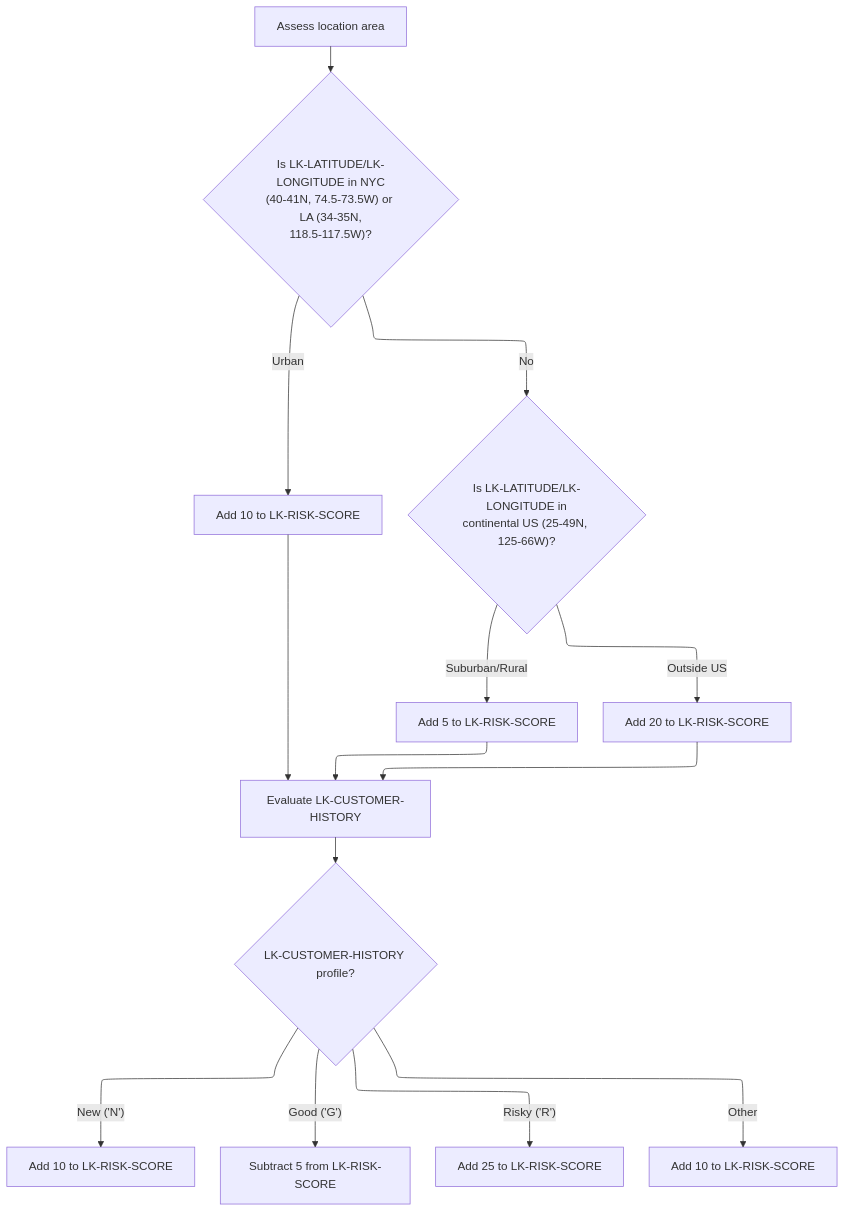
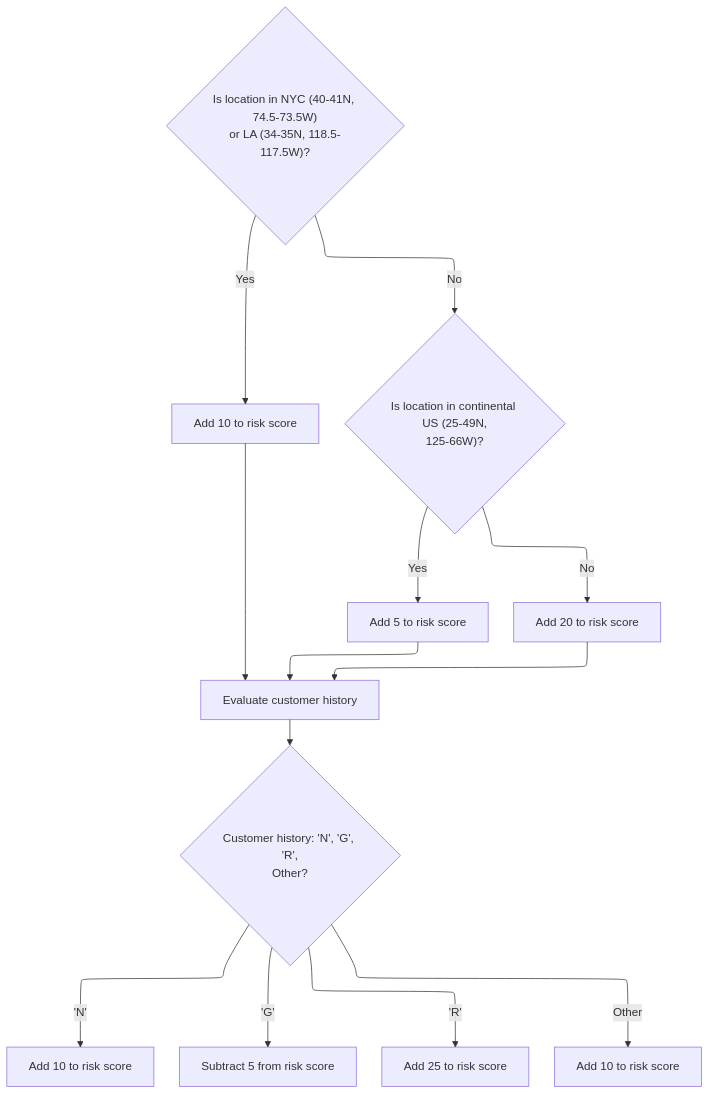
The seventh of 7 diagrams in .swm/lgapdb02-property-risk-score-calculation.fw41ul12.sw.md (Giri-Swimm/Swimmio-genapp-house), drawn with Mermaid before and after one commit. The commit also changed other lines of this file and 55 other files, not shown here.

````diff
--- a/.swm/lgapdb02-property-risk-score-calculation.fw41ul12.sw.md
+++ b/.swm/lgapdb02-property-risk-score-calculation.fw41ul12.sw.md
@@ -711,66 +680,66 @@
 ```mermaid
 %%{init: {"flowchart": {"defaultRenderer": "elk"}} }%%
 flowchart TD
-    node1["Assess location area"] --> node2{"Is LK-LATITUDE/LK-LONGITUDE in NYC
-(40-41N, 74.5-73.5W) or LA (34-35N,
-118.5-117.5W)?"}
-    click node1 openCode "base/src/LGAPDB02.cbl:117:120"
-    node2 -->|"Urban"| node3["Add 10 to LK-RISK-SCORE"]
-    click node2 openCode "base/src/LGAPDB02.cbl:121:125"
-    node2 -->|"No"| node4{"Is LK-LATITUDE/LK-LONGITUDE in
-continental US (25-49N, 125-66W)?"}
-    click node4 openCode "base/src/LGAPDB02.cbl:128:130"
-    node4 -->|"Suburban/Rural"| node5["Add 5 to LK-RISK-SCORE"]
-    click node5 openCode "base/src/LGAPDB02.cbl:130:130"
-    node4 -->|"Outside US"| node6["Add 20 to LK-RISK-SCORE"]
-    click node6 openCode "base/src/LGAPDB02.cbl:132:132"
-    node3 --> node7["Evaluate LK-CUSTOMER-HISTORY"]
-    click node7 openCode "base/src/LGAPDB02.cbl:137:137"
-    node5 --> node7
-    node6 --> node7
-    node7 --> node8{"LK-CUSTOMER-HISTORY profile?"}
-    click node8 openCode "base/src/LGAPDB02.cbl:137:137"
-    node8 -->|"New ('N')"| node9["Add 10 to LK-RISK-SCORE"]
-    click node9 openCode "base/src/LGAPDB02.cbl:139:139"
-    node8 -->|"Good ('G')"| node10["Subtract 5 from LK-RISK-SCORE"]
-    click node10 openCode "base/src/LGAPDB02.cbl:141:141"
-    node8 -->|"Risky ('R')"| node11["Add 25 to LK-RISK-SCORE"]
-    click node11 openCode "base/src/LGAPDB02.cbl:143:143"
-    node8 -->|"Other"| node12["Add 10 to LK-RISK-SCORE"]
-    click node12 openCode "base/src/LGAPDB02.cbl:145:145"
+    node1{"Is location in NYC (40-41N, 74.5-73.5W)
+or LA (34-35N, 118.5-117.5W)?"}
+    click node1 openCode "base/src/LGAPDB02.cbl:121:125"
+    node1 -->|"Yes"| node2["Add 10 to risk score"]
+    click node2 openCode "base/src/LGAPDB02.cbl:125:125"
+    node1 -->|"No"| node3{"Is location in continental US (25-49N,
+125-66W)?"}
+    click node3 openCode "base/src/LGAPDB02.cbl:128:130"
+    node3 -->|"Yes"| node4["Add 5 to risk score"]
+    click node4 openCode "base/src/LGAPDB02.cbl:130:130"
+    node3 -->|"No"| node5["Add 20 to risk score"]
+    click node5 openCode "base/src/LGAPDB02.cbl:132:132"
+    node2 --> node6["Evaluate customer history"]
+    click node6 openCode "base/src/LGAPDB02.cbl:136:137"
+    node4 --> node6
+    node5 --> node6
+    node6 --> node7{"Customer history: 'N', 'G', 'R',
+Other?"}
+    click node7 openCode "base/src/LGAPDB02.cbl:137:145"
+    node7 -->|"'N'"| node8["Add 10 to risk score"]
+    click node8 openCode "base/src/LGAPDB02.cbl:139:139"
+    node7 -->|"'G'"| node9["Subtract 5 from risk score"]
+    click node9 openCode "base/src/LGAPDB02.cbl:141:141"
+    node7 -->|"'R'"| node10["Add 25 to risk score"]
+    click node10 openCode "base/src/LGAPDB02.cbl:143:143"
+    node7 -->|"Other"| node11["Add 10 to risk score"]
+    click node11 openCode "base/src/LGAPDB02.cbl:145:145"
 
 classDef HeadingStyle fill:#777777,stroke:#333,stroke-width:2px;
 
 %% Swimm:
 %% %%{init: {"flowchart": {"defaultRenderer": "elk"}} }%%
 %% flowchart TD
-%%     node1["Assess location area"] --> node2{"Is LK-LATITUDE/LK-LONGITUDE in NYC
-%% (<SwmToken path="base/src/LGAPDB02.cbl" pos="119:8:10" line-data="      *    NYC area: 40-41N, 74.5-73.5W">`40-41N`</SwmToken>, <SwmToken path="base/src/LGAPDB02.cbl" pos="119:13:19" line-data="      *    NYC area: 40-41N, 74.5-73.5W">`74.5-73.5W`</SwmToken>) or LA (<SwmToken path="base/src/LGAPDB02.cbl" pos="120:8:10" line-data="      *    LA area: 34-35N, 118.5-117.5W">`34-35N`</SwmToken>,
-%% <SwmToken path="base/src/LGAPDB02.cbl" pos="120:13:19" line-data="      *    LA area: 34-35N, 118.5-117.5W">`118.5-117.5W`</SwmToken>)?"}
-%%     click node1 openCode "<SwmPath>[base/src/LGAPDB02.cbl](base/src/LGAPDB02.cbl)</SwmPath>:117:120"
-%%     node2 -->|"Urban"| node3["Add 10 to <SwmToken path="base/src/LGAPDB02.cbl" pos="70:7:11" line-data="           MOVE 100 TO LK-RISK-SCORE">`LK-RISK-SCORE`</SwmToken>"]
-%%     click node2 openCode "<SwmPath>[base/src/LGAPDB02.cbl](base/src/LGAPDB02.cbl)</SwmPath>:121:125"
-%%     node2 -->|"No"| node4{"Is LK-LATITUDE/LK-LONGITUDE in
-%% continental US (25-49N, 125-66W)?"}
-%%     click node4 openCode "<SwmPath>[base/src/LGAPDB02.cbl](base/src/LGAPDB02.cbl)</SwmPath>:128:130"
-%%     node4 -->|"Suburban/Rural"| node5["Add 5 to <SwmToken path="base/src/LGAPDB02.cbl" pos="70:7:11" line-data="           MOVE 100 TO LK-RISK-SCORE">`LK-RISK-SCORE`</SwmToken>"]
-%%     click node5 openCode "<SwmPath>[base/src/LGAPDB02.cbl](base/src/LGAPDB02.cbl)</SwmPath>:130:130"
-%%     node4 -->|"Outside US"| node6["Add 20 to <SwmToken path="base/src/LGAPDB02.cbl" pos="70:7:11" line-data="           MOVE 100 TO LK-RISK-SCORE">`LK-RISK-SCORE`</SwmToken>"]
-%%     click node6 openCode "<SwmPath>[base/src/LGAPDB02.cbl](base/src/LGAPDB02.cbl)</SwmPath>:132:132"
-%%     node3 --> node7["Evaluate <SwmToken path="base/src/LGAPDB02.cbl" pos="137:3:7" line-data="           EVALUATE LK-CUSTOMER-HISTORY">`LK-CUSTOMER-HISTORY`</SwmToken>"]
-%%     click node7 openCode "<SwmPath>[base/src/LGAPDB02.cbl](base/src/LGAPDB02.cbl)</SwmPath>:137:137"
-%%     node5 --> node7
-%%     node6 --> node7
-%%     node7 --> node8{"<SwmToken path="base/src/LGAPDB02.cbl" pos="137:3:7" line-data="           EVALUATE LK-CUSTOMER-HISTORY">`LK-CUSTOMER-HISTORY`</SwmToken> profile?"}
-%%     click node8 openCode "<SwmPath>[base/src/LGAPDB02.cbl](base/src/LGAPDB02.cbl)</SwmPath>:137:137"
-%%     node8 -->|"New ('N')"| node9["Add 10 to <SwmToken path="base/src/LGAPDB02.cbl" pos="70:7:11" line-data="           MOVE 100 TO LK-RISK-SCORE">`LK-RISK-SCORE`</SwmToken>"]
-%%     click node9 openCode "<SwmPath>[base/src/LGAPDB02.cbl](base/src/LGAPDB02.cbl)</SwmPath>:139:139"
-%%     node8 -->|"Good ('G')"| node10["Subtract 5 from <SwmToken path="base/src/LGAPDB02.cbl" pos="70:7:11" line-data="           MOVE 100 TO LK-RISK-SCORE">`LK-RISK-SCORE`</SwmToken>"]
-%%     click node10 openCode "<SwmPath>[base/src/LGAPDB02.cbl](base/src/LGAPDB02.cbl)</SwmPath>:141:141"
-%%     node8 -->|"Risky ('R')"| node11["Add 25 to <SwmToken path="base/src/LGAPDB02.cbl" pos="70:7:11" line-data="           MOVE 100 TO LK-RISK-SCORE">`LK-RISK-SCORE`</SwmToken>"]
-%%     click node11 openCode "<SwmPath>[base/src/LGAPDB02.cbl](base/src/LGAPDB02.cbl)</SwmPath>:143:143"
-%%     node8 -->|"Other"| node12["Add 10 to <SwmToken path="base/src/LGAPDB02.cbl" pos="70:7:11" line-data="           MOVE 100 TO LK-RISK-SCORE">`LK-RISK-SCORE`</SwmToken>"]
-%%     click node12 openCode "<SwmPath>[base/src/LGAPDB02.cbl](base/src/LGAPDB02.cbl)</SwmPath>:145:145"
+%%     node1{"Is location in NYC (<SwmToken path="base/src/LGAPDB02.cbl" pos="119:8:10" line-data="      *    NYC area: 40-41N, 74.5-73.5W">`40-41N`</SwmToken>, <SwmToken path="base/src/LGAPDB02.cbl" pos="119:13:19" line-data="      *    NYC area: 40-41N, 74.5-73.5W">`74.5-73.5W`</SwmToken>)
+%% or LA (<SwmToken path="base/src/LGAPDB02.cbl" pos="120:8:10" line-data="      *    LA area: 34-35N, 118.5-117.5W">`34-35N`</SwmToken>, <SwmToken path="base/src/LGAPDB02.cbl" pos="120:13:19" line-data="      *    LA area: 34-35N, 118.5-117.5W">`118.5-117.5W`</SwmToken>)?"}
+%%     click node1 openCode "<SwmPath>[base/src/LGAPDB02.cbl](base/src/LGAPDB02.cbl)</SwmPath>:121:125"
+%%     node1 -->|"Yes"| node2["Add 10 to risk score"]
+%%     click node2 openCode "<SwmPath>[base/src/LGAPDB02.cbl](base/src/LGAPDB02.cbl)</SwmPath>:125:125"
+%%     node1 -->|"No"| node3{"Is location in continental US (25-49N,
+%% 125-66W)?"}
+%%     click node3 openCode "<SwmPath>[base/src/LGAPDB02.cbl](base/src/LGAPDB02.cbl)</SwmPath>:128:130"
+%%     node3 -->|"Yes"| node4["Add 5 to risk score"]
+%%     click node4 openCode "<SwmPath>[base/src/LGAPDB02.cbl](base/src/LGAPDB02.cbl)</SwmPath>:130:130"
+%%     node3 -->|"No"| node5["Add 20 to risk score"]
+%%     click node5 openCode "<SwmPath>[base/src/LGAPDB02.cbl](base/src/LGAPDB02.cbl)</SwmPath>:132:132"
+%%     node2 --> node6["Evaluate customer history"]
+%%     click node6 openCode "<SwmPath>[base/src/LGAPDB02.cbl](base/src/LGAPDB02.cbl)</SwmPath>:136:137"
+%%     node4 --> node6
+%%     node5 --> node6
+%%     node6 --> node7{"Customer history: 'N', 'G', 'R',
+%% Other?"}
+%%     click node7 openCode "<SwmPath>[base/src/LGAPDB02.cbl](base/src/LGAPDB02.cbl)</SwmPath>:137:145"
+%%     node7 -->|"'N'"| node8["Add 10 to risk score"]
+%%     click node8 openCode "<SwmPath>[base/src/LGAPDB02.cbl](base/src/LGAPDB02.cbl)</SwmPath>:139:139"
+%%     node7 -->|"'G'"| node9["Subtract 5 from risk score"]
+%%     click node9 openCode "<SwmPath>[base/src/LGAPDB02.cbl](base/src/LGAPDB02.cbl)</SwmPath>:141:141"
+%%     node7 -->|"'R'"| node10["Add 25 to risk score"]
+%%     click node10 openCode "<SwmPath>[base/src/LGAPDB02.cbl](base/src/LGAPDB02.cbl)</SwmPath>:143:143"
+%%     node7 -->|"Other"| node11["Add 10 to risk score"]
+%%     click node11 openCode "<SwmPath>[base/src/LGAPDB02.cbl](base/src/LGAPDB02.cbl)</SwmPath>:145:145"
 %% 
 %% classDef HeadingStyle fill:#777777,stroke:#333,stroke-width:2px;
 ```
````
